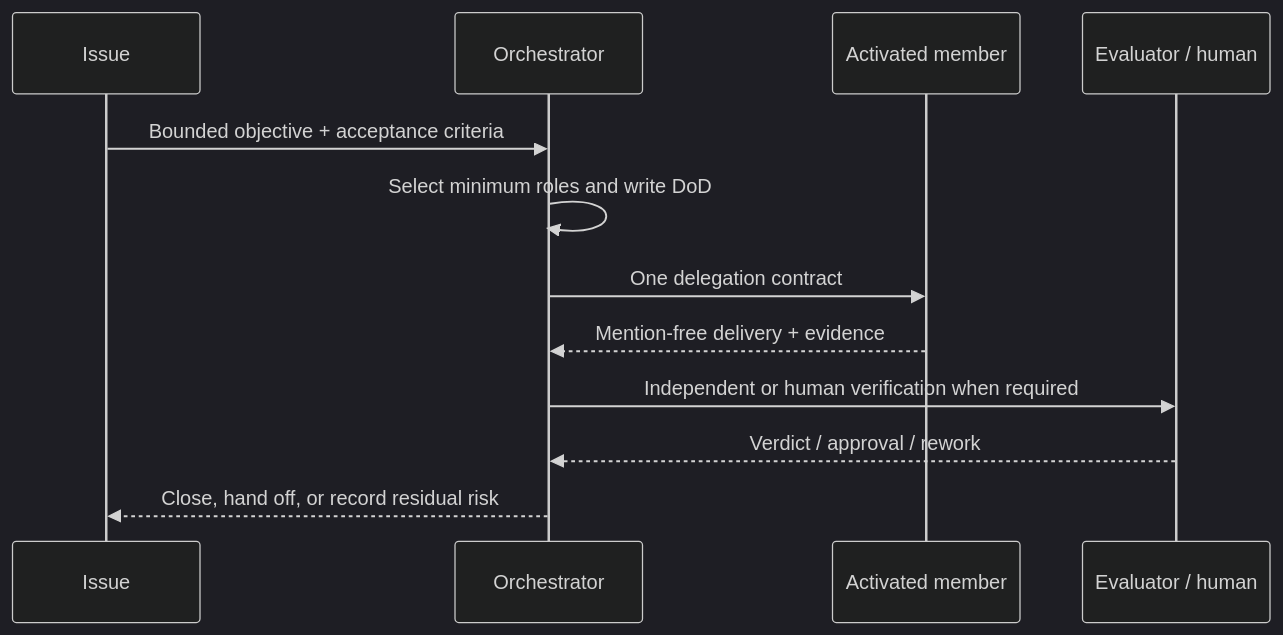
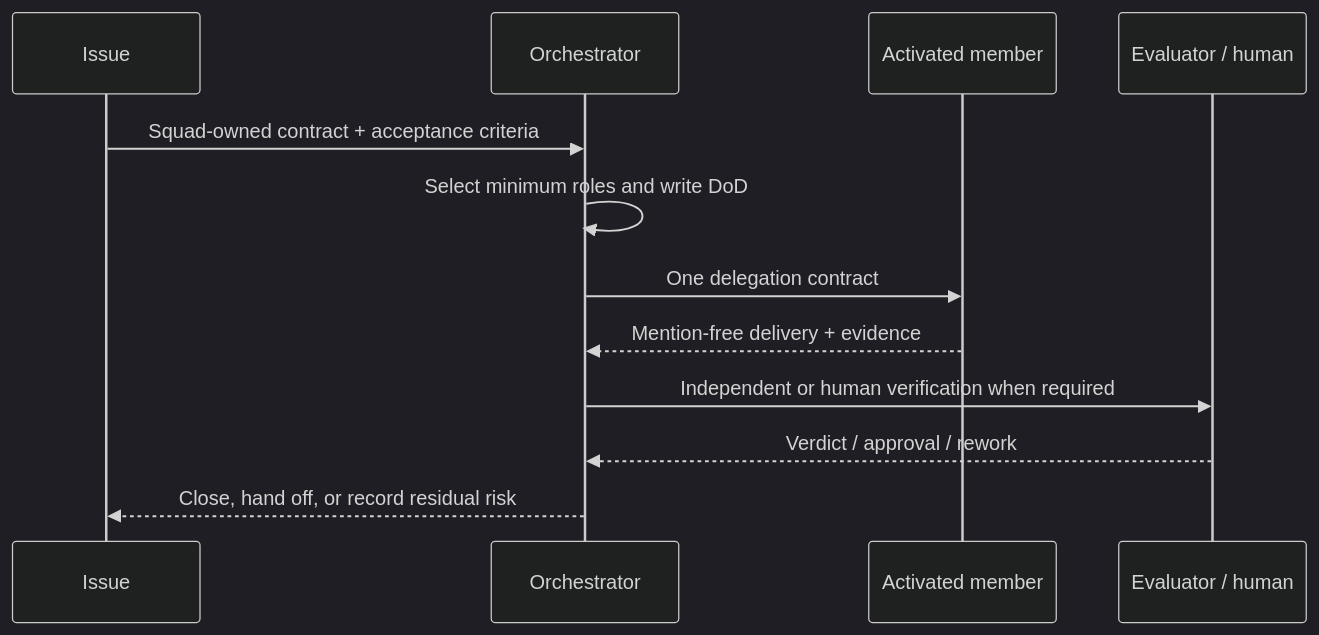
The second of 2 diagrams in README.en.md (stone16/multica-agent-team), drawn with Mermaid (dark theme) before and after one commit. The commit also changed other lines of this file and 15 other files, not shown here.

````diff
--- a/README.en.md
+++ b/README.en.md
@@ -60,14 +60,14 @@
 ```mermaid
 sequenceDiagram
     participant I as Issue
     participant O as Orchestrator
     participant M as Activated member
     participant V as Evaluator / human
-    I->>O: Bounded objective + acceptance criteria
+    I->>O: Squad-owned contract + acceptance criteria
     O->>O: Select minimum roles and write DoD
     O->>M: One delegation contract
     M-->>O: Mention-free delivery + evidence
     O->>V: Independent or human verification when required
     V-->>O: Verdict / approval / rework
     O-->>I: Close, hand off, or record residual risk
 ```
````
